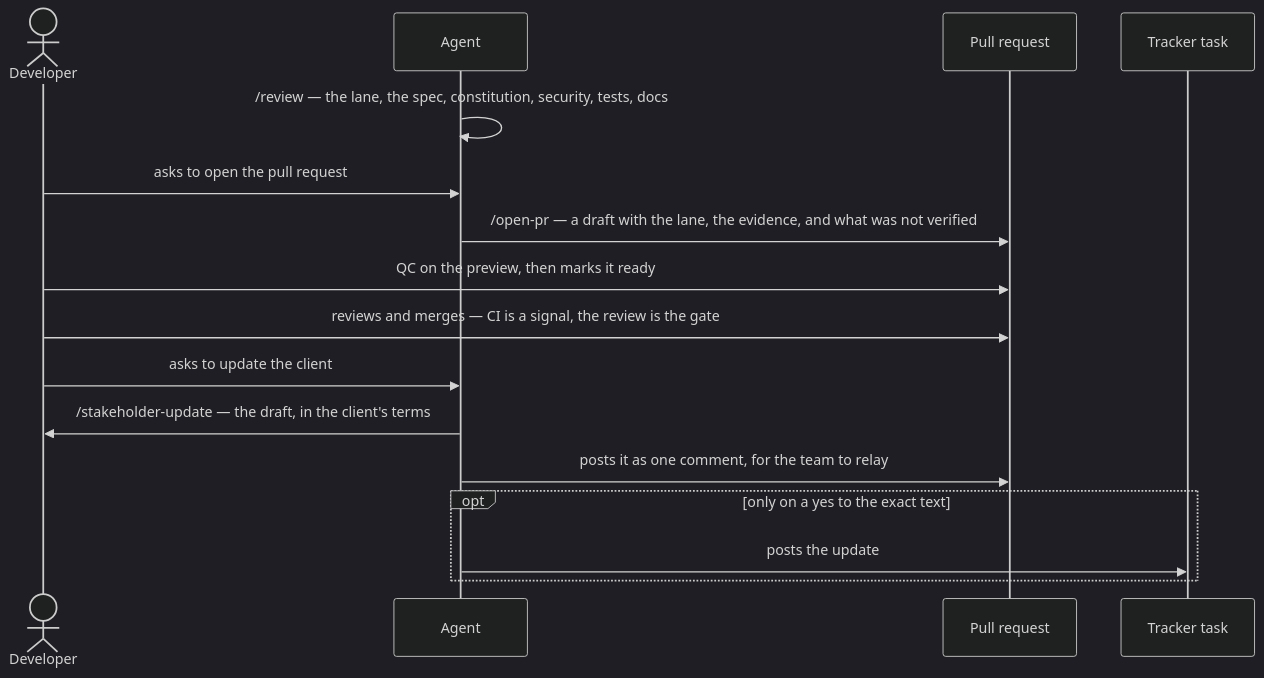
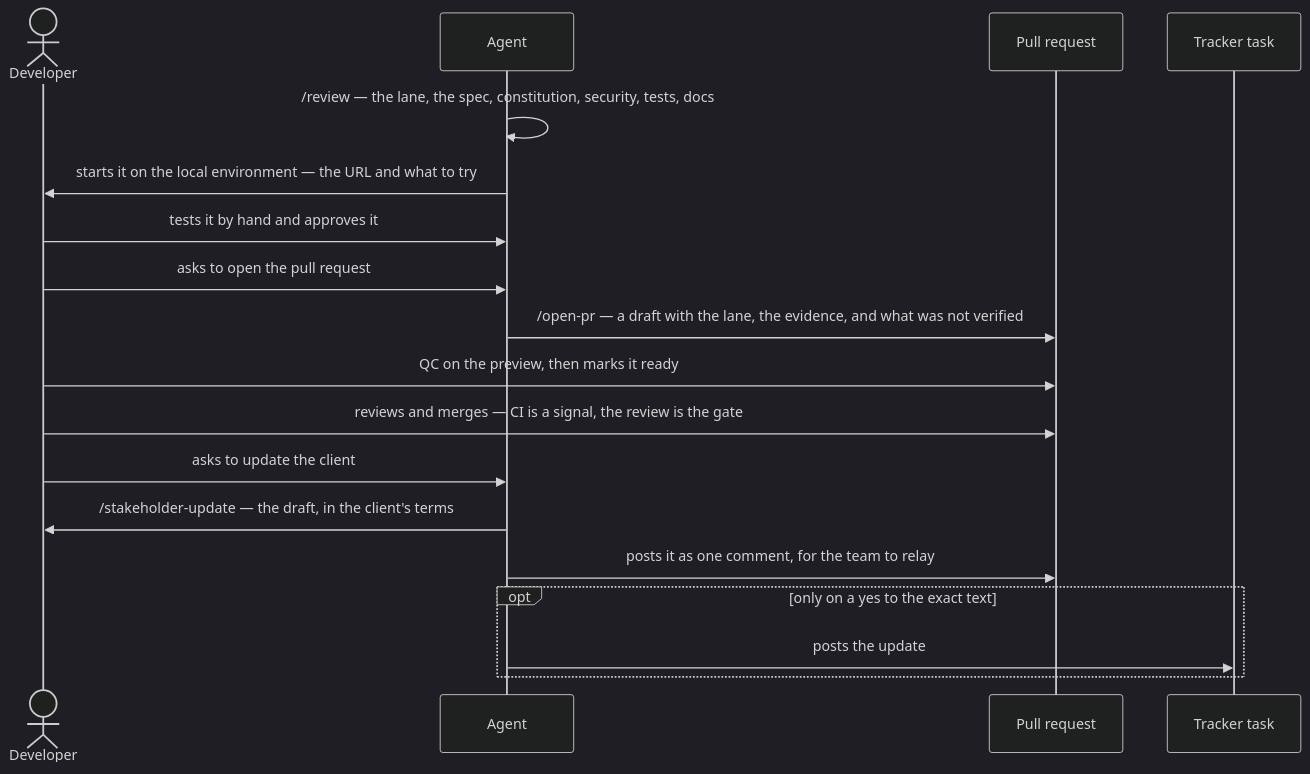
One commit to Aplyca/AgenticDevelopmentFramework changed the fourth of 6 diagrams in README.md. Above: the diagram before and after it, drawn with Mermaid (dark theme). The commit also changed other lines of this file and 18 other files, not shown here.

First line of the commit message:
feat: the developer approves a change on the local environment before its pull request

````diff
--- a/README.md
+++ b/README.md
@@ -274,18 +274,20 @@
 ```mermaid
 sequenceDiagram
     actor Dev as Developer
     participant Agent
     participant PR as Pull request
     participant Tracker as Tracker task
     Agent->>Agent: /review — the lane, the spec, constitution, security, tests, docs
+    Agent->>Dev: starts it on the local environment — the URL and what to try
+    Dev->>Agent: tests it by hand and approves it
     Dev->>Agent: asks to open the pull request
     Agent->>PR: /open-pr — a draft with the lane, the evidence, and what was not verified
     Dev->>PR: QC on the preview, then marks it ready
     Dev->>PR: reviews and merges — CI is a signal, the review is the gate
     Dev->>Agent: asks to update the client
     Agent->>Dev: /stakeholder-update — the draft, in the client's terms
     Agent->>PR: posts it as one comment, for the team to relay
     opt only on a yes to the exact text
         Agent->>Tracker: posts the update
     end
 ```
````
